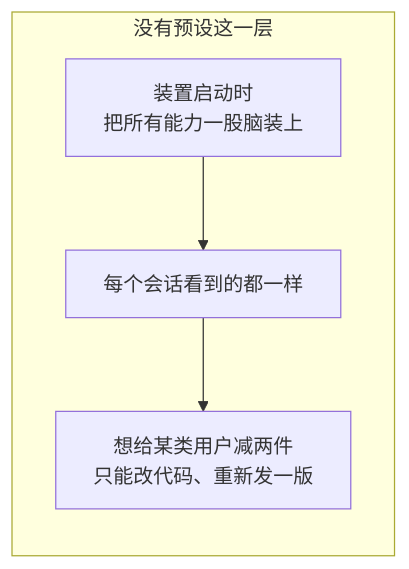
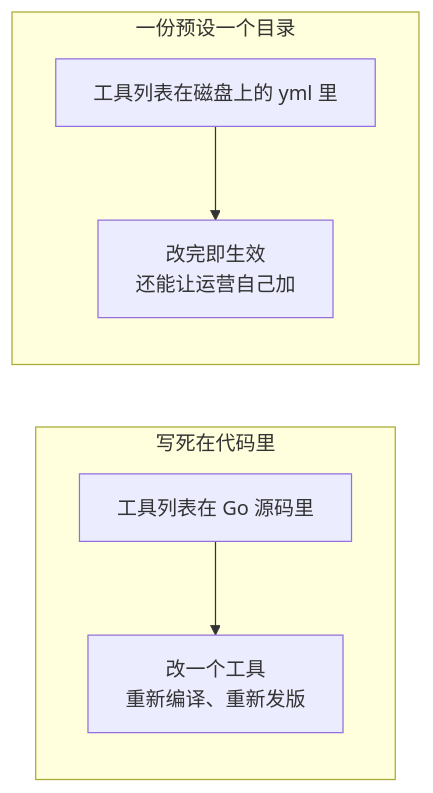
The first of 25 diagrams in docs/modules/presets.md (snight1983/ds-harness-go), drawn with Mermaid before and after one commit. The commit also changed other lines of this file and 25 other files, not shown here.

````diff
--- a/docs/modules/presets.md
+++ b/docs/modules/presets.md
@@ -11,7 +13,9 @@
 ```mermaid
 flowchart LR
-    subgraph N["没有预设这一层"]
-        A1["装置启动时<br/>把所有能力一股脑装上"] --> A2["每个会话看到的都一样"]
-        A2 --> A3["想给某类用户减两件<br/>只能改代码、重新发一版"]
+    subgraph HARD["写死在代码里"]
+        A1["工具列表在 Go 源码里"] --> A2["改一个工具<br/>重新编译、重新发版"]
+    end
+    subgraph SOFT["一份预设一个目录"]
+        B1["工具列表在磁盘上的 yml 里"] --> B2["改完即生效<br/>还能让运营自己加"]
     end
 ```
````
